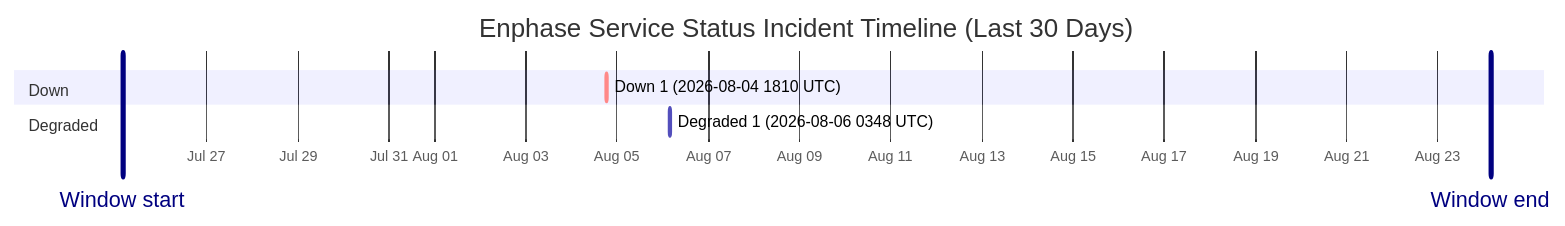
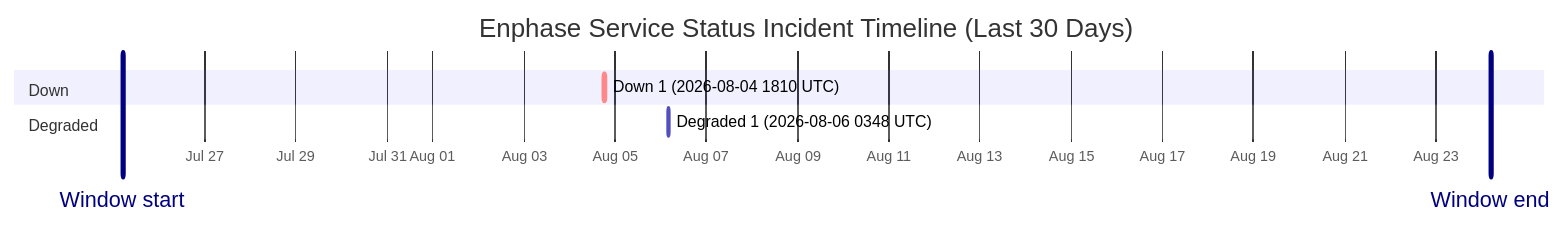
Before and after one commit to barneyonline/ha-enphase-energy: the diagram in wiki/Service-Status-History.md, drawn with Mermaid. The commit also changed other lines of this file and 3 other files, not shown here.

````diff
--- a/wiki/Service-Status-History.md
+++ b/wiki/Service-Status-History.md
@@ -14,12 +14,12 @@
 ```mermaid
 gantt
     title Enphase Service Status Incident Timeline (Last 30 Days)
     dateFormat  YYYY-MM-DDTHH:mm:ss
     axisFormat  %b %d
-    Window start :vert, window-start, 2026-07-25T03:52:30, 0ms
-    Window end :vert, window-end, 2026-08-24T03:52:30, 0ms
+    Window start :vert, window-start, 2026-07-25T04:41:24, 0ms
+    Window end :vert, window-end, 2026-08-24T04:41:24, 0ms
     section Down
     Down 1 (2026-08-04 1810 UTC) :crit, down-1, 2026-08-04T18:10:46, 60m
     section Degraded
     Degraded 1 (2026-08-06 0348 UTC) :active, degraded-1, 2026-08-06T03:48:14, 60m
 ```
````
